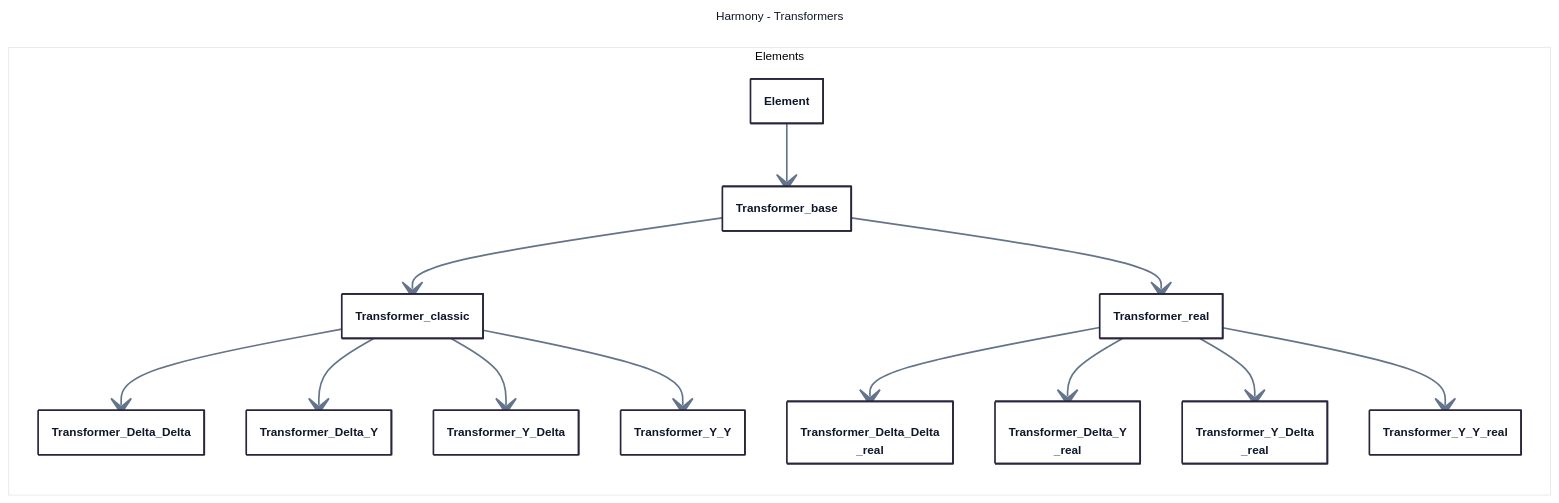
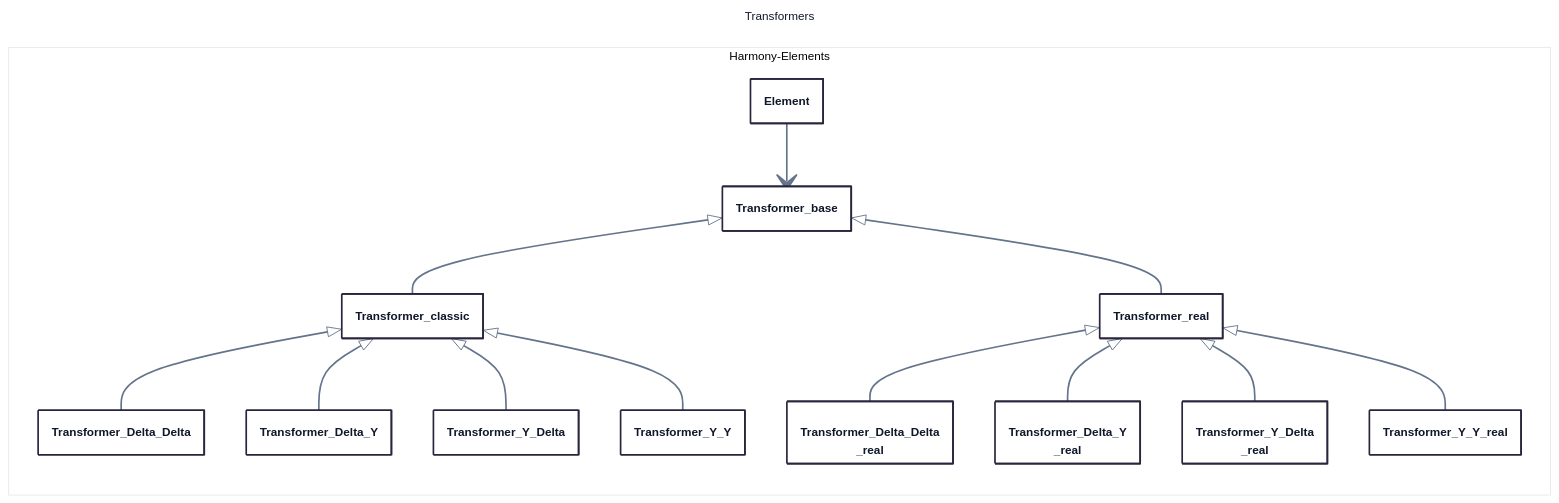
One commit to yiquintero/tmp changed the fourth of 4 diagrams in class_diagram.md. Above: the diagram before and after it, drawn with Mermaid. The commit also changed other lines of this file, not shown here.

Commit message:
Refactor class diagram for Transformers section

````diff
--- a/class_diagram.md
+++ b/class_diagram.md
@@ -185,47 +189,47 @@
 ```mermaid
 ---
-title: Harmony - Transformers
+title: Transformers
 config:
   theme: redux-color
   themeVariables:
     fontFamily: Segoe UI, -apple-system, BlinkMacSystemFont, sans-serif
     lineColor: "#64748B"
     primaryTextColor: "#0F172A"
   flowchart:
     wrappingWidth: 450
   class:
     hideEmptyMembersBox: true
     padding: 16
 ---
 classDiagram
   direction LR
 
-  namespace Elements {
+  namespace Harmony-Elements {
     class Element {}
   }
 
-namespace Elements {
+namespace Harmony-Elements {
     class Transformer_base
     class Transformer_classic
     class Transformer_real
     class Transformer_Delta_Delta["Transformer_Delta_Delta"]
     class Transformer_Delta_Delta_real["Transformer_Delta_Delta<br/>_real"]
     class Transformer_Delta_Y["Transformer_Delta_Y"]
     class Transformer_Delta_Y_real["Transformer_Delta_Y<br/>_real"]
     class Transformer_Y_Delta["Transformer_Y_Delta"]
     class Transformer_Y_Delta_real["Transformer_Y_Delta<br/>_real"]
     class Transformer_Y_Y["Transformer_Y_Y"]
     class Transformer_Y_Y_real["Transformer_Y_Y_real"]
   }
   Element --> Transformer_base
-  Transformer_base --> Transformer_classic
-  Transformer_base --> Transformer_real
-  Transformer_classic --> Transformer_Delta_Delta
-  Transformer_classic --> Transformer_Delta_Y
-  Transformer_classic --> Transformer_Y_Delta
-  Transformer_classic --> Transformer_Y_Y
-  Transformer_real --> Transformer_Delta_Delta_real
-  Transformer_real --> Transformer_Delta_Y_real
-  Transformer_real --> Transformer_Y_Delta_real
-  Transformer_real --> Transformer_Y_Y_real
+  Transformer_base <|-- Transformer_classic
+  Transformer_base <|-- Transformer_real
+  Transformer_classic <|-- Transformer_Delta_Delta
+  Transformer_classic <|-- Transformer_Delta_Y
+  Transformer_classic <|-- Transformer_Y_Delta
+  Transformer_classic <|-- Transformer_Y_Y
+  Transformer_real <|-- Transformer_Delta_Delta_real
+  Transformer_real <|-- Transformer_Delta_Y_real
+  Transformer_real <|-- Transformer_Y_Delta_real
+  Transformer_real <|-- Transformer_Y_Y_real
 ```
````
